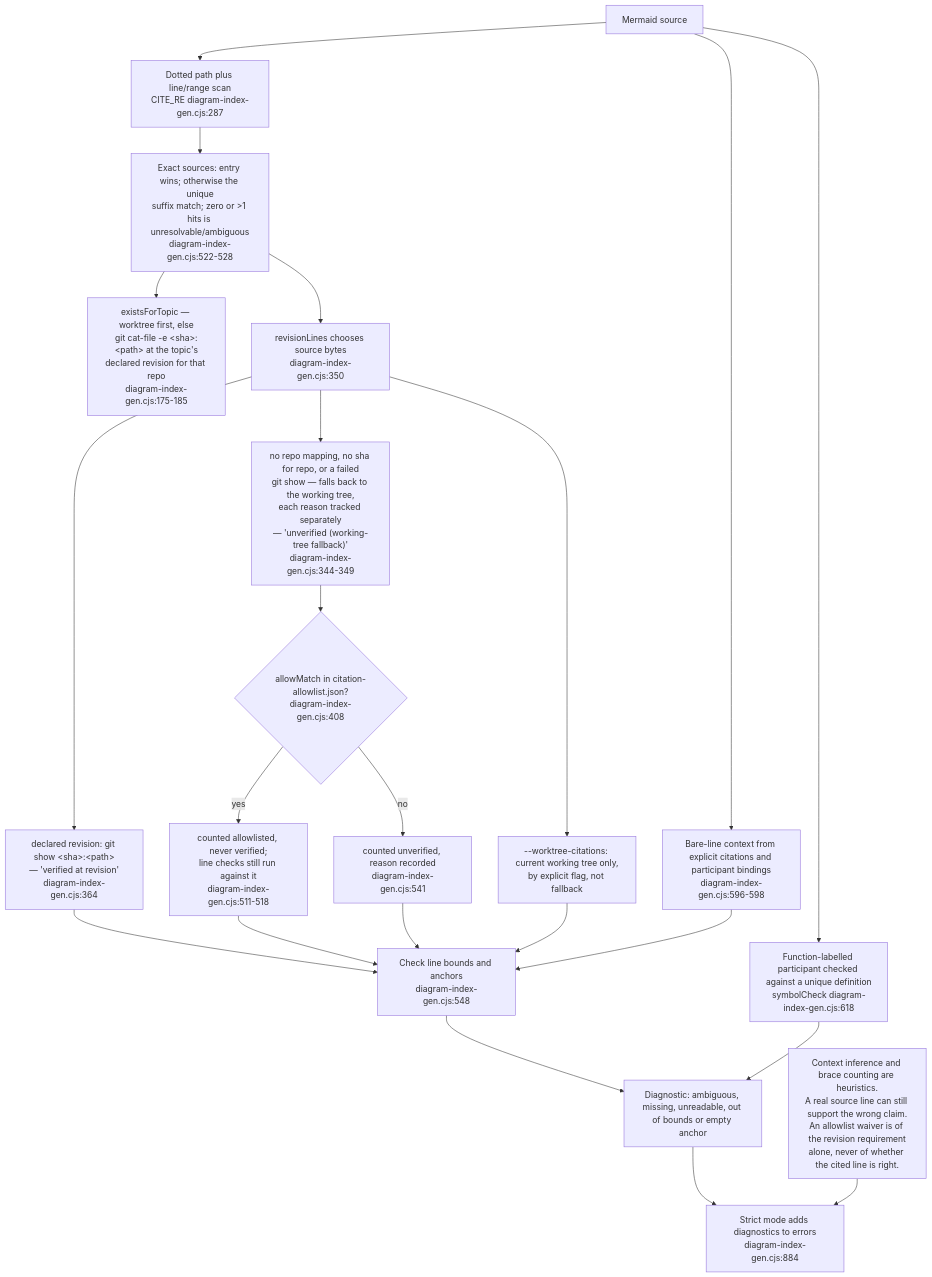
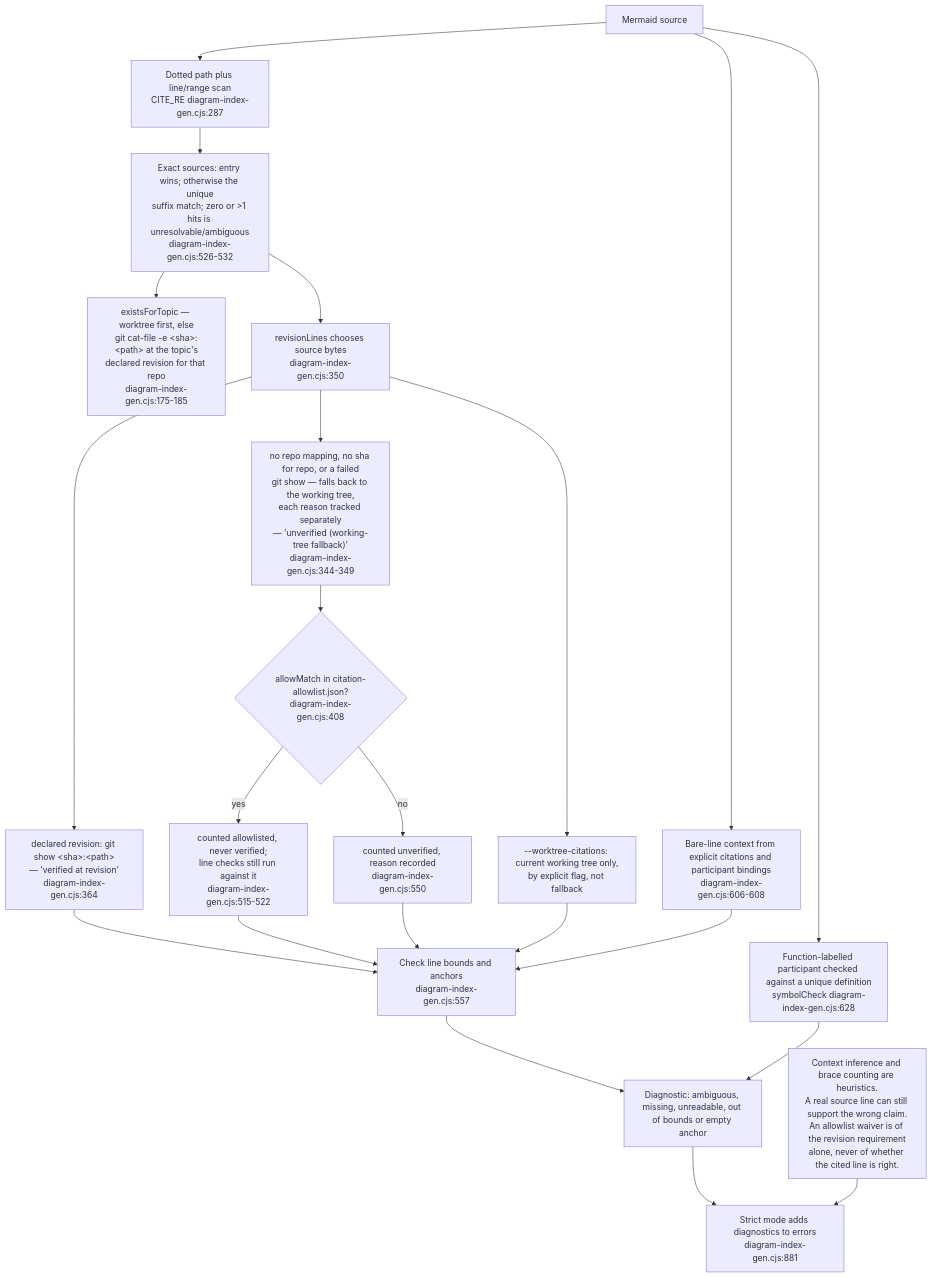
Before and after one commit to DreamLab-AI/VisionFlow: the tenth of 15 diagrams in docs/diagrams/visionflow/06-diagram-tooling.md, drawn with Mermaid. The commit also changed other lines of this file and 142 other files, not shown here.

First line of the commit message:
docs(diagrams): one System One route; re-verify 140 topics at today's heads

````diff
--- a/docs/diagrams/visionflow/06-diagram-tooling.md
+++ b/docs/diagrams/visionflow/06-diagram-tooling.md
@@ -312,24 +313,24 @@
 ```mermaid
 flowchart TB
     A["Mermaid source"] --> SCAN["Dotted path plus line/range scan<br/>CITE_RE diagram-index-gen.cjs:287"]
-    SCAN --> MATCH["Exact sources: entry wins; otherwise the unique<br/>suffix match; zero or >1 hits is unresolvable/ambiguous<br/>diagram-index-gen.cjs:522-528"]
+    SCAN --> MATCH["Exact sources: entry wins; otherwise the unique<br/>suffix match; zero or >1 hits is unresolvable/ambiguous<br/>diagram-index-gen.cjs:526-532"]
     MATCH --> EXIST["existsForTopic — worktree first, else<br/>git cat-file -e &lt;sha&gt;:&lt;path&gt; at the topic's<br/>declared revision for that repo<br/>diagram-index-gen.cjs:175-185"]
     MATCH --> MODE["revisionLines chooses source bytes<br/>diagram-index-gen.cjs:350"]
     MODE --> PIN["declared revision: git show &lt;sha&gt;:&lt;path&gt;<br/>— 'verified at revision'<br/>diagram-index-gen.cjs:364"]
     MODE --> WT["no repo mapping, no sha for repo, or a failed<br/>git show — falls back to the working tree,<br/>each reason tracked separately<br/>— 'unverified (working-tree fallback)'<br/>diagram-index-gen.cjs:344-349"]
     MODE --> WTFLAG["--worktree-citations: current working tree only,<br/>by explicit flag, not fallback"]
-    PIN --> READ["Check line bounds and anchors<br/>diagram-index-gen.cjs:548"]
+    PIN --> READ["Check line bounds and anchors<br/>diagram-index-gen.cjs:557"]
     WT --> WAIVE{"allowMatch in citation-allowlist.json?<br/>diagram-index-gen.cjs:408"}
-    WAIVE -->|yes| ALLOWED["counted allowlisted, never verified;<br/>line checks still run against it<br/>diagram-index-gen.cjs:511-518"]
-    WAIVE -->|no| UNVER["counted unverified, reason recorded<br/>diagram-index-gen.cjs:541"]
+    WAIVE -->|yes| ALLOWED["counted allowlisted, never verified;<br/>line checks still run against it<br/>diagram-index-gen.cjs:515-522"]
+    WAIVE -->|no| UNVER["counted unverified, reason recorded<br/>diagram-index-gen.cjs:550"]
     ALLOWED --> READ
     UNVER --> READ
     WTFLAG --> READ
-    A --> BARE["Bare-line context from explicit citations and participant bindings<br/>diagram-index-gen.cjs:596-598"]
+    A --> BARE["Bare-line context from explicit citations and participant bindings<br/>diagram-index-gen.cjs:606-608"]
     BARE --> READ
-    A --> SYMBOL["Function-labelled participant checked against a unique definition<br/>symbolCheck diagram-index-gen.cjs:618"]
+    A --> SYMBOL["Function-labelled participant checked against a unique definition<br/>symbolCheck diagram-index-gen.cjs:628"]
     READ --> DIAG["Diagnostic: ambiguous, missing, unreadable, out of bounds or empty anchor"]
     SYMBOL --> DIAG
-    DIAG --> EXIT["Strict mode adds diagnostics to errors<br/>diagram-index-gen.cjs:884"]
+    DIAG --> EXIT["Strict mode adds diagnostics to errors<br/>diagram-index-gen.cjs:881"]
     LIMIT["Context inference and brace counting are heuristics.<br/>A real source line can still support the wrong claim.<br/>An allowlist waiver is of the revision requirement<br/>alone, never of whether the cited line is right."] --> EXIT
 ```
````
